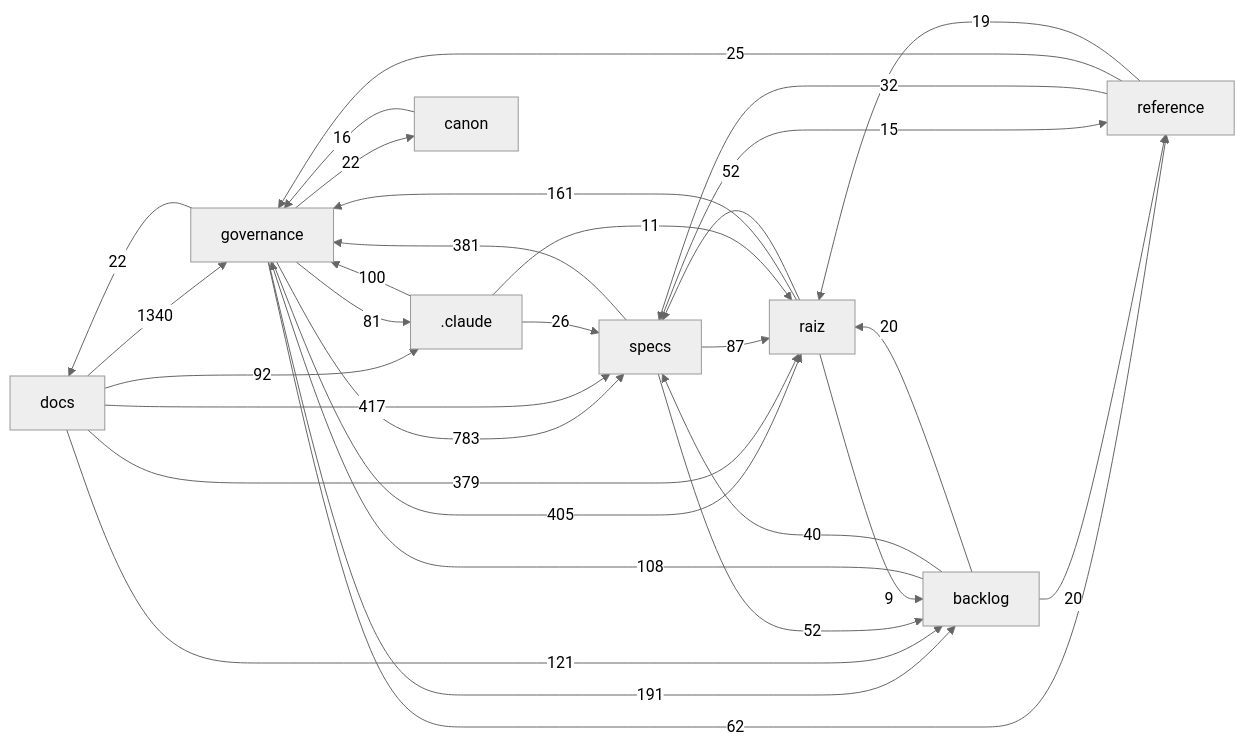
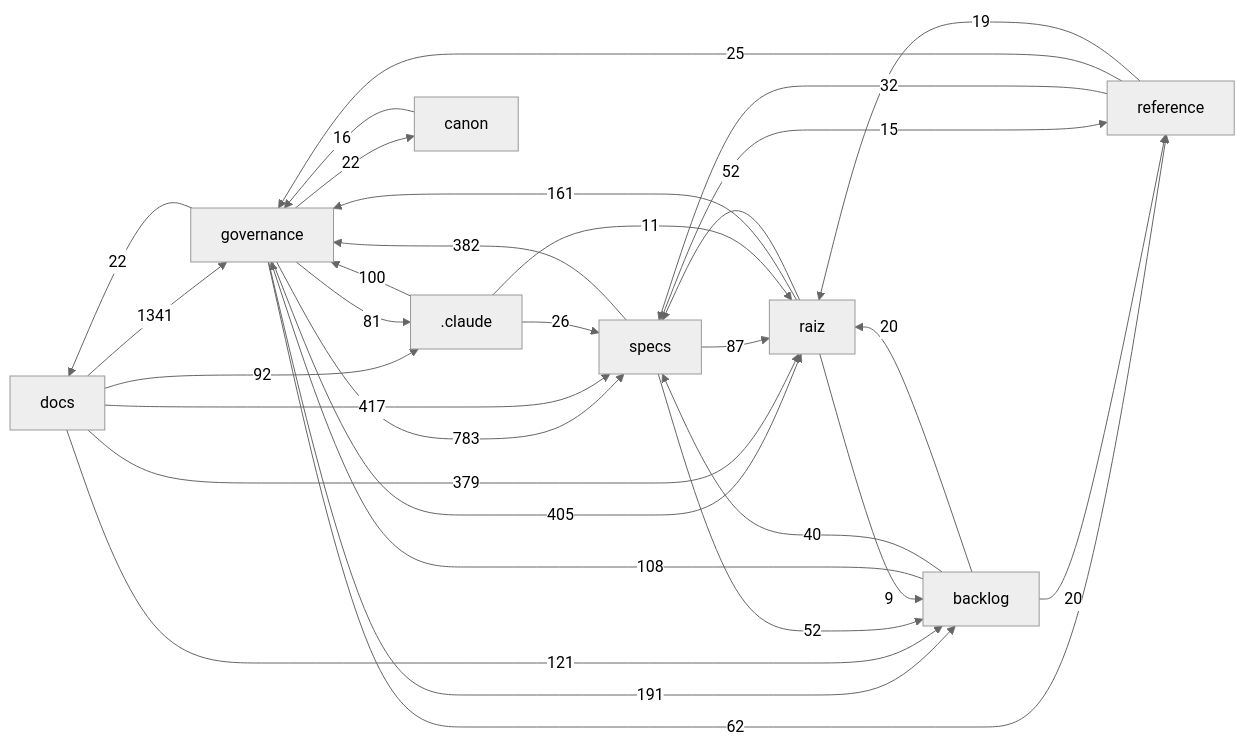
Before and after one commit to Andraus35/Sistema-Operacional-de-Trading--SOT: the diagram in docs/mapa/MAPA-PROJETO.md, drawn with Mermaid (neutral theme). The commit also changed other lines of this file and 3 other files, not shown here.

````diff
--- a/docs/mapa/MAPA-PROJETO.md
+++ b/docs/mapa/MAPA-PROJETO.md
@@ -29,33 +29,33 @@
 ```mermaid
 flowchart LR
-  docs["docs"] -->|1340| governance["governance"]
+  docs["docs"] -->|1341| governance["governance"]
   governance["governance"] -->|783| specs["specs"]
   docs["docs"] -->|417| specs["specs"]
   governance["governance"] -->|405| raiz["raiz"]
-  specs["specs"] -->|381| governance["governance"]
+  specs["specs"] -->|382| governance["governance"]
   docs["docs"] -->|379| raiz["raiz"]
   governance["governance"] -->|191| backlog["backlog"]
   raiz["raiz"] -->|161| governance["governance"]
   docs["docs"] -->|121| backlog["backlog"]
   backlog["backlog"] -->|108| governance["governance"]
   _claude[".claude"] -->|100| governance["governance"]
   docs["docs"] -->|92| _claude[".claude"]
   specs["specs"] -->|87| raiz["raiz"]
   governance["governance"] -->|81| _claude[".claude"]
   governance["governance"] -->|62| reference["reference"]
   raiz["raiz"] -->|52| specs["specs"]
   specs["specs"] -->|52| backlog["backlog"]
   backlog["backlog"] -->|40| specs["specs"]
   reference["reference"] -->|32| specs["specs"]
   _claude[".claude"] -->|26| specs["specs"]
   reference["reference"] -->|25| governance["governance"]
   governance["governance"] -->|22| docs["docs"]
   governance["governance"] -->|22| canon["canon"]
   backlog["backlog"] -->|20| raiz["raiz"]
   backlog["backlog"] -->|20| reference["reference"]
   reference["reference"] -->|19| raiz["raiz"]
   canon["canon"] -->|16| governance["governance"]
   specs["specs"] -->|15| reference["reference"]
   _claude[".claude"] -->|11| raiz["raiz"]
   raiz["raiz"] -->|9| backlog["backlog"]
 ```
````
